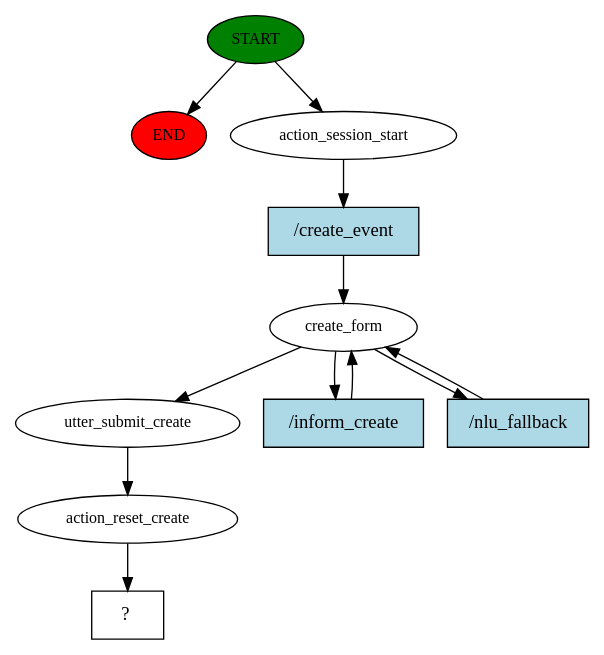
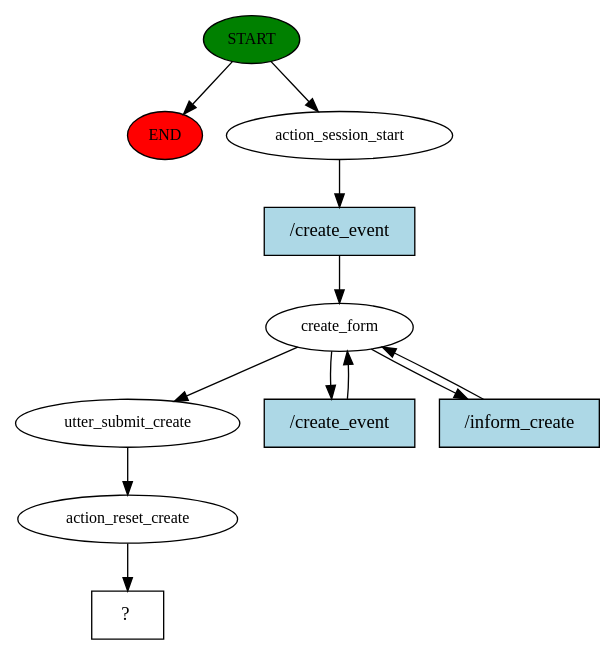
Before and after one commit to hamza-boudouche/elderly-care-chatbot: the diagram in chatbot/story_graph.dot, drawn with Graphviz. The commit also changed 88 other files, not shown here.

```diff
--- a/chatbot/story_graph.dot
+++ b/chatbot/story_graph.dot
@@ -1,23 +1,23 @@
 digraph  {
 0 [class="start active", fillcolor=green, fontsize=12, label=START, style=filled];
 "-1" [class=end, fillcolor=red, fontsize=12, label=END, style=filled];
 1 [class=active, fontsize=12, label=action_session_start];
 2 [class=active, fontsize=12, label=create_form];
 7 [class=active, fontsize=12, label=utter_submit_create];
 8 [class=active, fontsize=12, label=action_reset_create];
 9 [class="intent dashed active", label="  ?  ", shape=rect];
 10 [class="intent active", fillcolor=lightblue, label="/create_event", shape=rect, style=filled];
-11 [class="intent active", fillcolor=lightblue, label="/inform_create", shape=rect, style=filled];
-12 [class="intent active", fillcolor=lightblue, label="/nlu_fallback", shape=rect, style=filled];
+11 [class="intent active", fillcolor=lightblue, label="/create_event", shape=rect, style=filled];
+12 [class="intent active", fillcolor=lightblue, label="/inform_create", shape=rect, style=filled];
 0 -> "-1"  [class="", key=NONE, label=""];
 0 -> 1  [class=active, key=NONE, label=""];
 1 -> 10  [class=active, key=0];
 2 -> 7  [class=active, key=NONE, label=""];
 2 -> 11  [class=active, key=0];
 2 -> 12  [class=active, key=0];
 7 -> 8  [class=active, key=NONE, label=""];
 8 -> 9  [class=active, key=NONE, label=""];
 10 -> 2  [class=active, key=0];
 11 -> 2  [class=active, key=0];
 12 -> 2  [class=active, key=0];
 }
```
